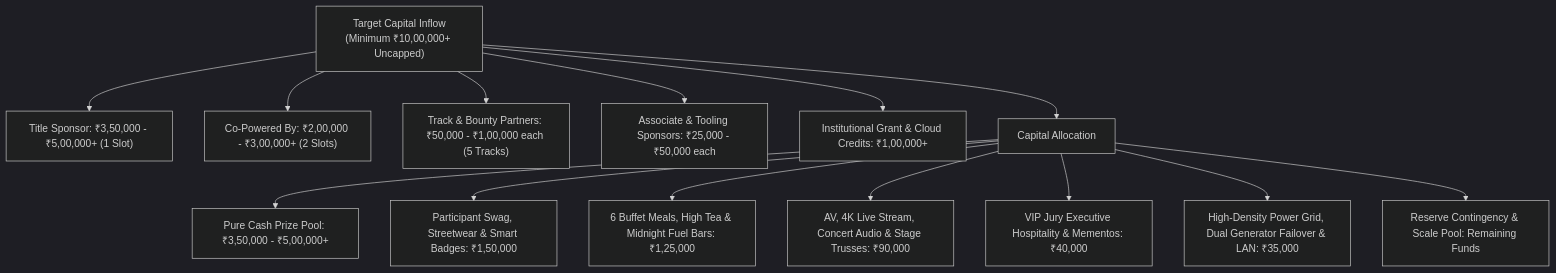
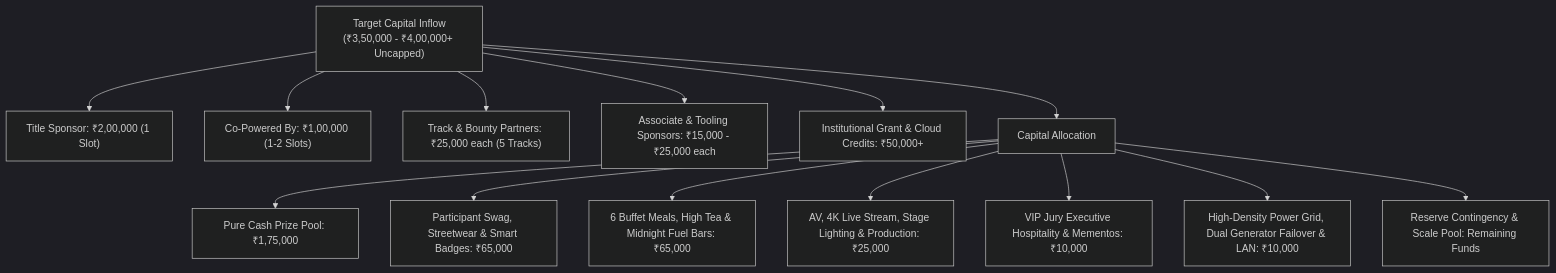
One commit to MasterZ1311/Kairos changed the diagram in teams/01_sponsorship_and_partnerships/README.md. Above: the diagram before and after it, drawn with Mermaid (dark theme). The commit also changed other lines of this file and 67 other files, not shown here.

````diff
--- a/teams/01_sponsorship_and_partnerships/README.md
+++ b/teams/01_sponsorship_and_partnerships/README.md
@@ -30,19 +31,19 @@
 ```mermaid
 graph TD
-    INFLOW["Target Capital Inflow<br/>(Minimum ₹10,00,000+ Uncapped)"]
+    INFLOW["Target Capital Inflow<br/>(₹3,50,000 - ₹4,00,000+ Uncapped)"]
     
-    INFLOW --> T1["Title Sponsor: ₹3,50,000 - ₹5,00,000+ (1 Slot)"]
-    INFLOW --> T2["Co-Powered By: ₹2,00,000 - ₹3,00,000+ (2 Slots)"]
-    INFLOW --> T3["Track & Bounty Partners: ₹50,000 - ₹1,00,000 each (5 Tracks)"]
-    INFLOW --> T4["Associate & Tooling Sponsors: ₹25,000 - ₹50,000 each"]
-    INFLOW --> T5["Institutional Grant & Cloud Credits: ₹1,00,000+"]
+    INFLOW --> T1["Title Sponsor: ₹2,00,000 (1 Slot)"]
+    INFLOW --> T2["Co-Powered By: ₹1,00,000 (1-2 Slots)"]
+    INFLOW --> T3["Track & Bounty Partners: ₹25,000 each (5 Tracks)"]
+    INFLOW --> T4["Associate & Tooling Sponsors: ₹15,000 - ₹25,000 each"]
+    INFLOW --> T5["Institutional Grant & Cloud Credits: ₹50,000+"]
 
     INFLOW --> ALLOC["Capital Allocation"]
-    ALLOC --> P1["Pure Cash Prize Pool: ₹3,50,000 - ₹5,00,000+"]
-    ALLOC --> P2["Participant Swag, Streetwear & Smart Badges: ₹1,50,000"]
-    ALLOC --> P3["6 Buffet Meals, High Tea & Midnight Fuel Bars: ₹1,25,000"]
-    ALLOC --> P4["AV, 4K Live Stream, Concert Audio & Stage Trusses: ₹90,000"]
-    ALLOC --> P5["VIP Jury Executive Hospitality & Mementos: ₹40,000"]
-    ALLOC --> P6["High-Density Power Grid, Dual Generator Failover & LAN: ₹35,000"]
+    ALLOC --> P1["Pure Cash Prize Pool: ₹1,75,000"]
+    ALLOC --> P2["Participant Swag, Streetwear & Smart Badges: ₹65,000"]
+    ALLOC --> P3["6 Buffet Meals, High Tea & Midnight Fuel Bars: ₹65,000"]
+    ALLOC --> P4["AV, 4K Live Stream, Stage Lighting & Production: ₹25,000"]
+    ALLOC --> P5["VIP Jury Executive Hospitality & Mementos: ₹10,000"]
+    ALLOC --> P6["High-Density Power Grid, Dual Generator Failover & LAN: ₹10,000"]
     ALLOC --> P7["Reserve Contingency & Scale Pool: Remaining Funds"]
 ```
````
